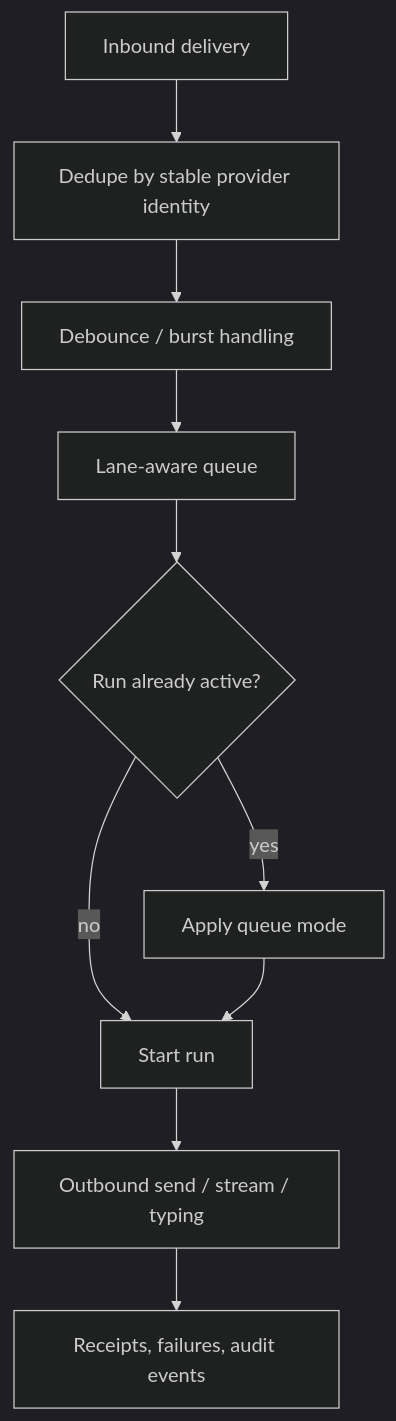
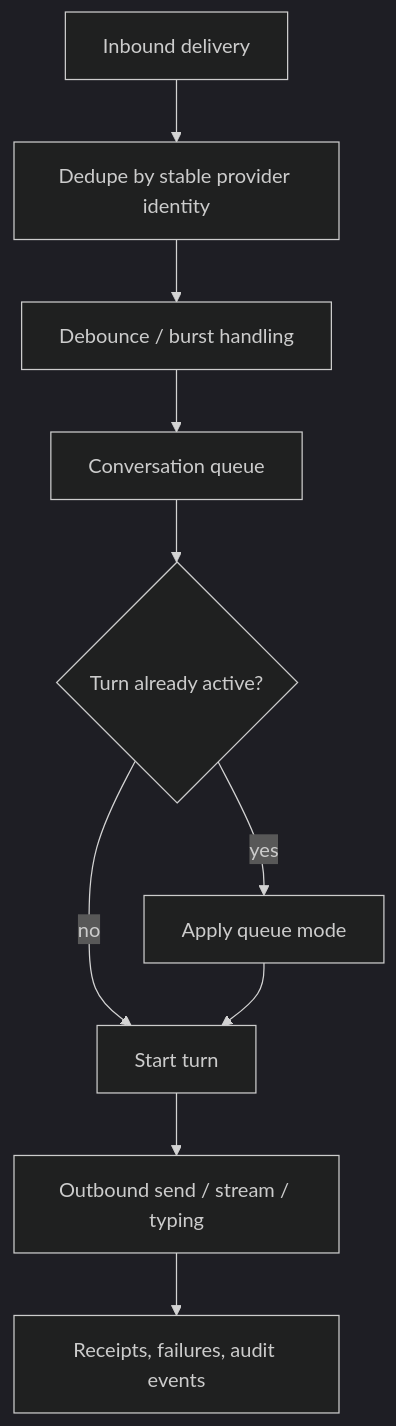
Before and after one commit to tyrumai/tyrum: the diagram in docs/architecture/agent/messages/flow-control-delivery.md, drawn with Mermaid (dark theme). The commit also changed other lines of this file and 56 other files, not shown here.

Commit message:
docs: rewrite architecture around conversations and turns (#1829)

````diff
--- a/docs/architecture/agent/messages/flow-control-delivery.md
+++ b/docs/architecture/agent/messages/flow-control-delivery.md
@@ -17,12 +17,12 @@
 ```mermaid
 flowchart TB
   Inbound["Inbound delivery"] --> Dedupe["Dedupe by stable provider identity"]
   Dedupe --> Debounce["Debounce / burst handling"]
-  Debounce --> Queue["Lane-aware queue"]
-  Queue --> Active{"Run already active?"}
-  Active -- no --> Execute["Start run"]
+  Debounce --> Queue["Conversation queue"]
+  Queue --> Active{"Turn already active?"}
+  Active -- no --> Execute["Start turn"]
   Active -- yes --> Mode["Apply queue mode"]
   Mode --> Execute
   Execute --> Outbound["Outbound send / stream / typing"]
   Outbound --> Receipt["Receipts, failures, audit events"]
 ```
````
